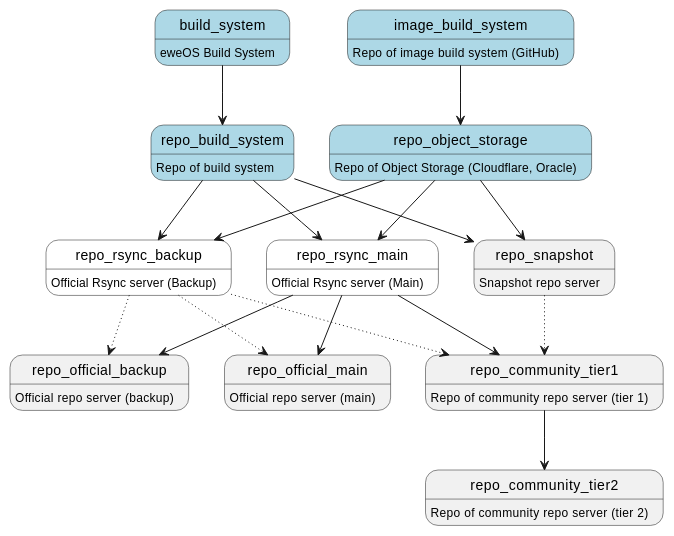
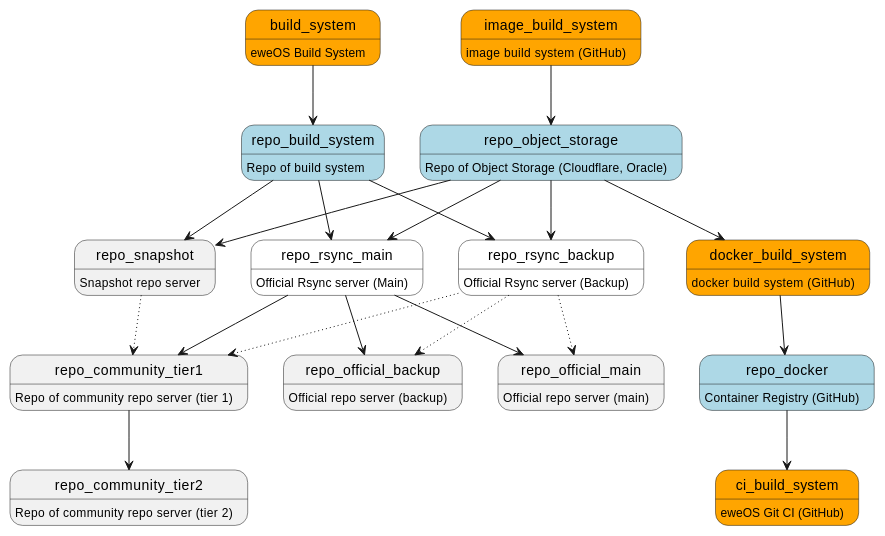
The diagram in dev/topic/infra/repos.md (eweOS/wiki), drawn with PlantUML before and after one commit. The commit also changed other lines of this file, not shown here.

````diff
--- a/dev/topic/infra/repos.md
+++ b/dev/topic/infra/repos.md
@@ -53,34 +53,40 @@
 ```plantuml
 @startuml
 
-state build_system #lightblue: eweOS Build System
+state build_system #orange: eweOS Build System
 state repo_build_system #lightblue: Repo of build system
-state image_build_system #lightblue: Repo of image build system (GitHub)
+state image_build_system #orange: image build system (GitHub)
+state ci_build_system #orange: eweOS Git CI (GitHub)
+state docker_build_system #orange: docker build system (GitHub)
 state repo_object_storage #lightblue: Repo of Object Storage (Cloudflare, Oracle)
+state repo_docker #lightblue: Container Registry (GitHub)
 state repo_rsync_main #white: Official Rsync server (Main)
 state repo_rsync_backup #white: Official Rsync server (Backup)
 state repo_official_main: Official repo server (main)
 state repo_official_backup: Official repo server (backup)
 state repo_community_tier1: Repo of community repo server (tier 1)
 state repo_community_tier2: Repo of community repo server (tier 2)
 state repo_snapshot: Snapshot repo server
 
 build_system --> repo_build_system
 image_build_system --> repo_object_storage
 repo_object_storage --> repo_rsync_main
 repo_object_storage --> repo_rsync_backup
 repo_object_storage --> repo_snapshot
+repo_object_storage --> docker_build_system
+docker_build_system --> repo_docker
+repo_docker --> ci_build_system
 repo_build_system --> repo_rsync_main
 repo_build_system --> repo_rsync_backup
 repo_build_system --> repo_snapshot
 repo_rsync_main --> repo_official_main
 repo_rsync_backup -[dotted]-> repo_official_main
 repo_rsync_main --> repo_official_backup
 repo_rsync_backup -[dotted]-> repo_official_backup
 repo_rsync_main --> repo_community_tier1
 repo_rsync_backup -[dotted]-> repo_community_tier1
 repo_community_tier1 --> repo_community_tier2
 repo_snapshot -[dotted]-> repo_community_tier1
 
 @enduml
 ```
````
